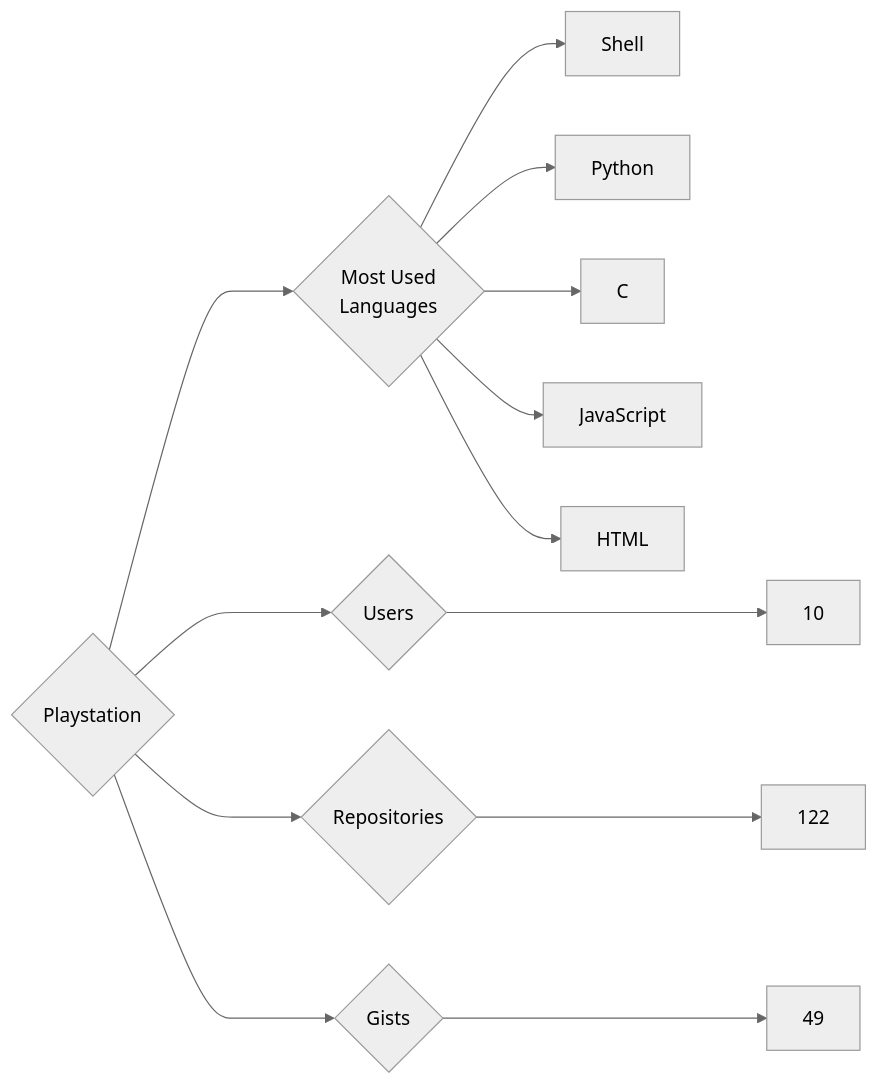
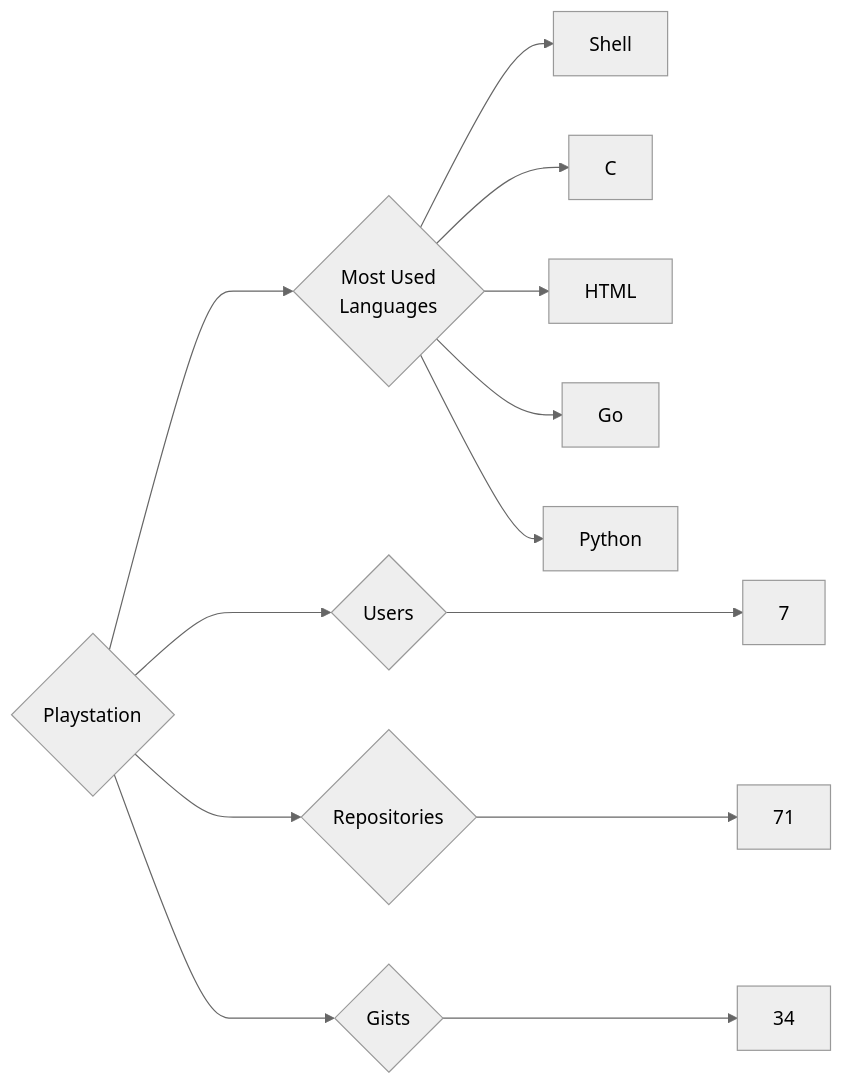
One commit to trickest/insiders changed the diagram in targets/Playstation/README.md. Above: the diagram before and after it, drawn with Mermaid (neutral theme). The commit also changed 1484 other files, not shown here.

````diff
--- a/targets/Playstation/README.md
+++ b/targets/Playstation/README.md
@@ -3,13 +3,13 @@
 ```mermaid
 graph LR
 COMPANY_NAME{Playstation}
-COMPANY_NAME ---> U{Users} ---> UN[10]
-COMPANY_NAME ---> R{Repositories} ---> RN[122]
-COMPANY_NAME ---> G{Gists} ---> GN[49]
+COMPANY_NAME ---> U{Users} ---> UN[7]
+COMPANY_NAME ---> R{Repositories} ---> RN[71]
+COMPANY_NAME ---> G{Gists} ---> GN[34]
 COMPANY_NAME ---> ML{Most Used<br>Languages}
 ML --> Shell[Shell]
+ML --> C[C]
+ML --> HTML[HTML]
+ML --> Go[Go]
 ML --> Python[Python]
-ML --> C[C]
-ML --> JavaScript[JavaScript]
-ML --> HTML[HTML]
 ```
````
